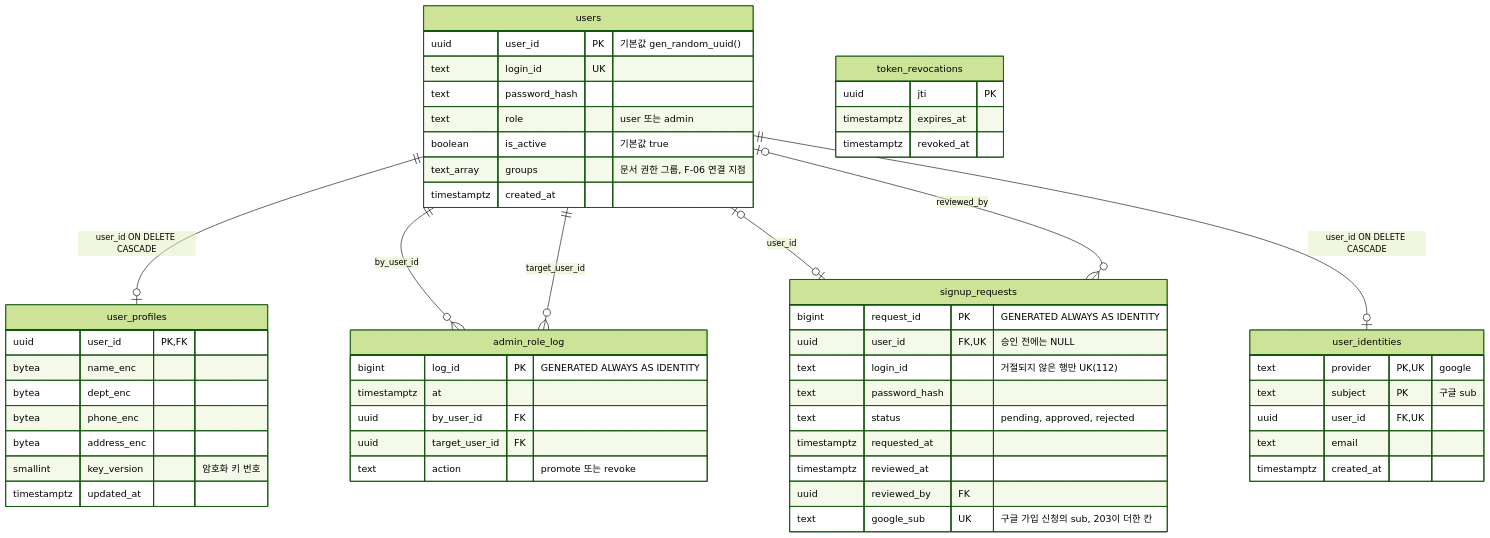
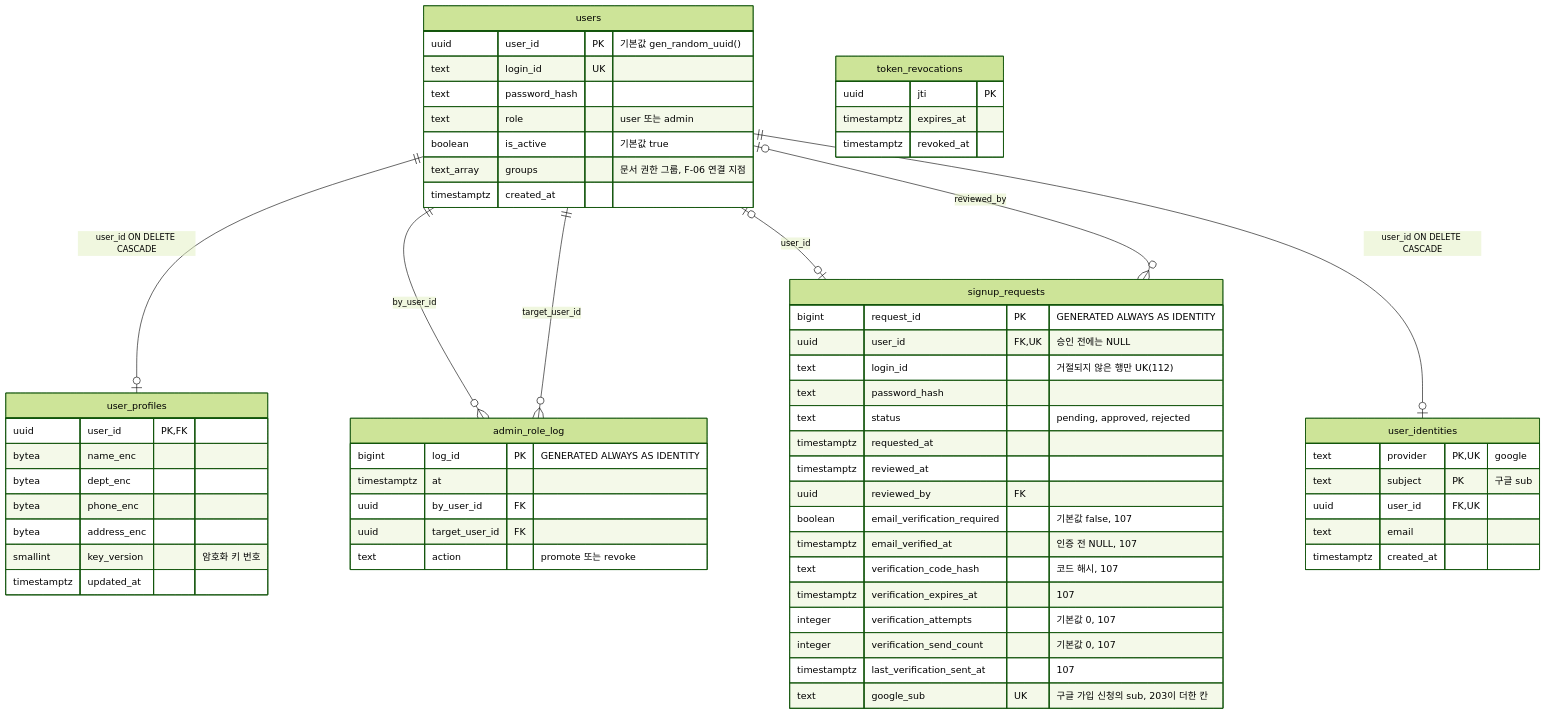
One commit to seungwook-kim/provena changed the second of 8 diagrams in docs/db/ERD.md. Above: the diagram before and after it, drawn with Mermaid (forest theme). The commit also changed other lines of this file and 3 other files, not shown here.

````diff
--- a/docs/db/ERD.md
+++ b/docs/db/ERD.md
@@ -97,58 +97,65 @@
 ```mermaid
 erDiagram
     users ||--o| user_profiles : "user_id ON DELETE CASCADE"
     users ||--o{ admin_role_log : "by_user_id"
     users ||--o{ admin_role_log : "target_user_id"
     users |o--o| signup_requests : "user_id"
     users |o--o{ signup_requests : "reviewed_by"
     users ||--o| user_identities : "user_id ON DELETE CASCADE"
 
     users {
         uuid user_id PK "기본값 gen_random_uuid()"
         text login_id UK
         text password_hash
         text role "user 또는 admin"
         boolean is_active "기본값 true"
         text_array groups "문서 권한 그룹, F-06 연결 지점"
         timestamptz created_at
     }
     user_profiles {
         uuid user_id PK, FK
         bytea name_enc
         bytea dept_enc
         bytea phone_enc
         bytea address_enc
         smallint key_version "암호화 키 번호"
         timestamptz updated_at
     }
     admin_role_log {
         bigint log_id PK "GENERATED ALWAYS AS IDENTITY"
         timestamptz at
         uuid by_user_id FK
         uuid target_user_id FK
         text action "promote 또는 revoke"
     }
     signup_requests {
         bigint request_id PK "GENERATED ALWAYS AS IDENTITY"
         uuid user_id FK, UK "승인 전에는 NULL"
         text login_id "거절되지 않은 행만 UK(112)"
         text password_hash
         text status "pending, approved, rejected"
         timestamptz requested_at
         timestamptz reviewed_at
         uuid reviewed_by FK
+        boolean email_verification_required "기본값 false, 107"
+        timestamptz email_verified_at "인증 전 NULL, 107"
+        text verification_code_hash "코드 해시, 107"
+        timestamptz verification_expires_at "107"
+        integer verification_attempts "기본값 0, 107"
+        integer verification_send_count "기본값 0, 107"
+        timestamptz last_verification_sent_at "107"
         text google_sub UK "구글 가입 신청의 sub, 203이 더한 칸"
     }
     user_identities {
         text provider PK, UK "google"
         text subject PK "구글 sub"
         uuid user_id FK, UK
         text email
         timestamptz created_at
     }
     token_revocations {
         uuid jti PK
         timestamptz expires_at
         timestamptz revoked_at
     }
 ```
````
